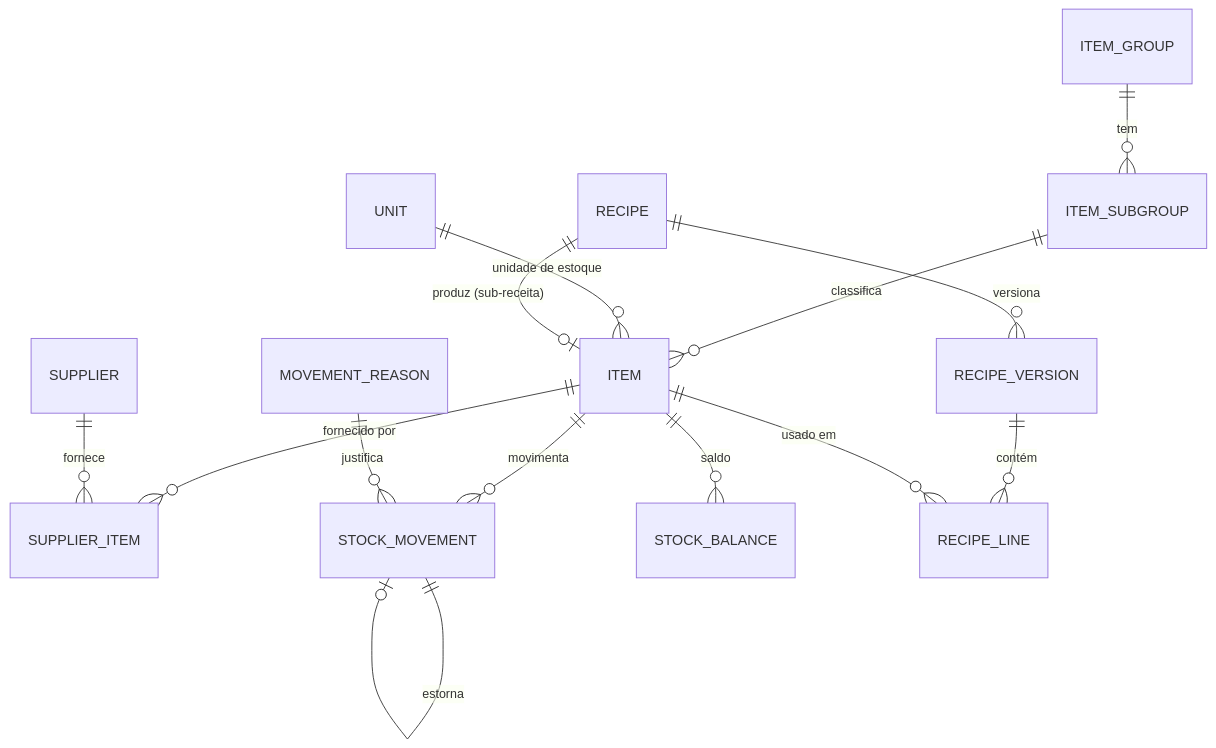
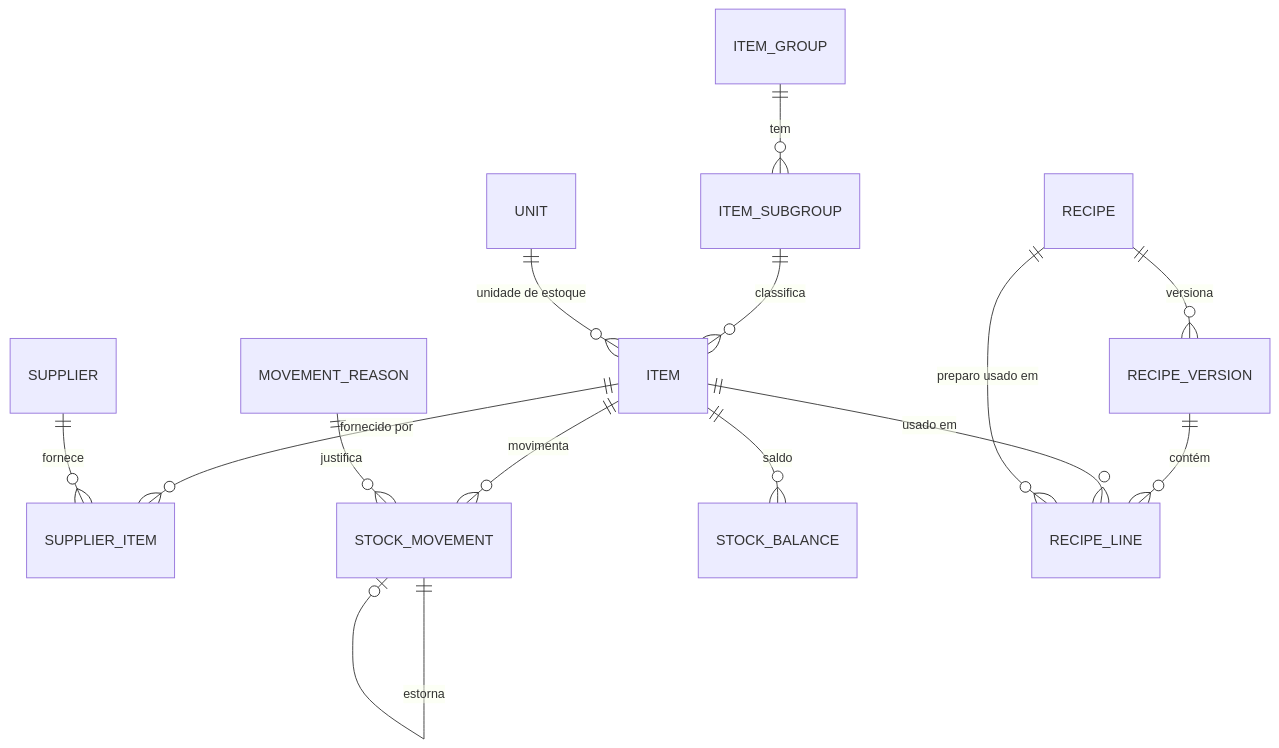
One commit to AdemirSchramm1/Sistema_Restaurante changed the diagram in docs/sistema/estoque/01-modelo-de-dados.md. Above: the diagram before and after it, drawn with Mermaid. The commit also changed other lines of this file and 9 other files, not shown here.

````diff
--- a/docs/sistema/estoque/01-modelo-de-dados.md
+++ b/docs/sistema/estoque/01-modelo-de-dados.md
@@ -14,16 +14,16 @@
 ```mermaid
 erDiagram
   ITEM_GROUP ||--o{ ITEM_SUBGROUP : tem
   ITEM_SUBGROUP ||--o{ ITEM : classifica
   UNIT ||--o{ ITEM : "unidade de estoque"
   ITEM ||--o{ SUPPLIER_ITEM : "fornecido por"
   SUPPLIER ||--o{ SUPPLIER_ITEM : fornece
   ITEM ||--o{ STOCK_MOVEMENT : movimenta
   MOVEMENT_REASON ||--o{ STOCK_MOVEMENT : justifica
   STOCK_MOVEMENT ||--o| STOCK_MOVEMENT : estorna
   ITEM ||--o{ STOCK_BALANCE : saldo
   RECIPE ||--o{ RECIPE_VERSION : versiona
   RECIPE_VERSION ||--o{ RECIPE_LINE : contém
   ITEM ||--o{ RECIPE_LINE : "usado em"
-  RECIPE ||--o| ITEM : "produz (sub-receita)"
+  RECIPE ||--o{ RECIPE_LINE : "preparo usado em"
 ```
````
